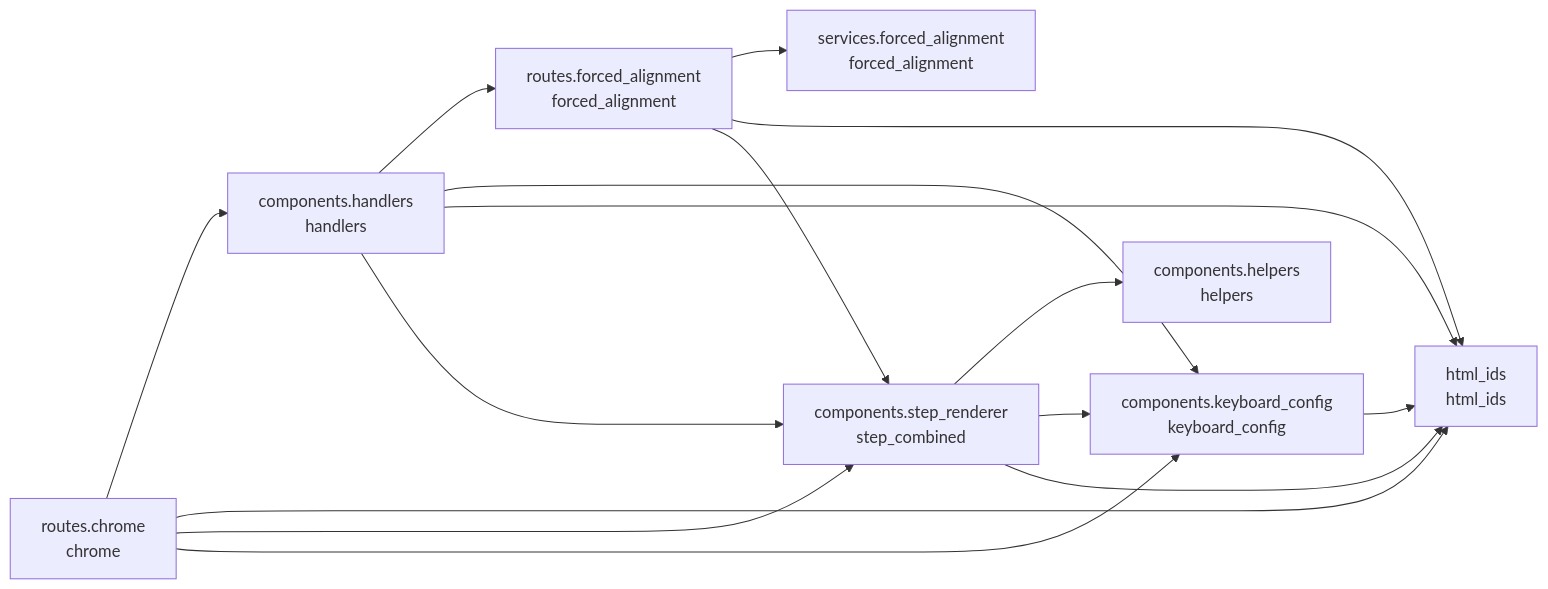
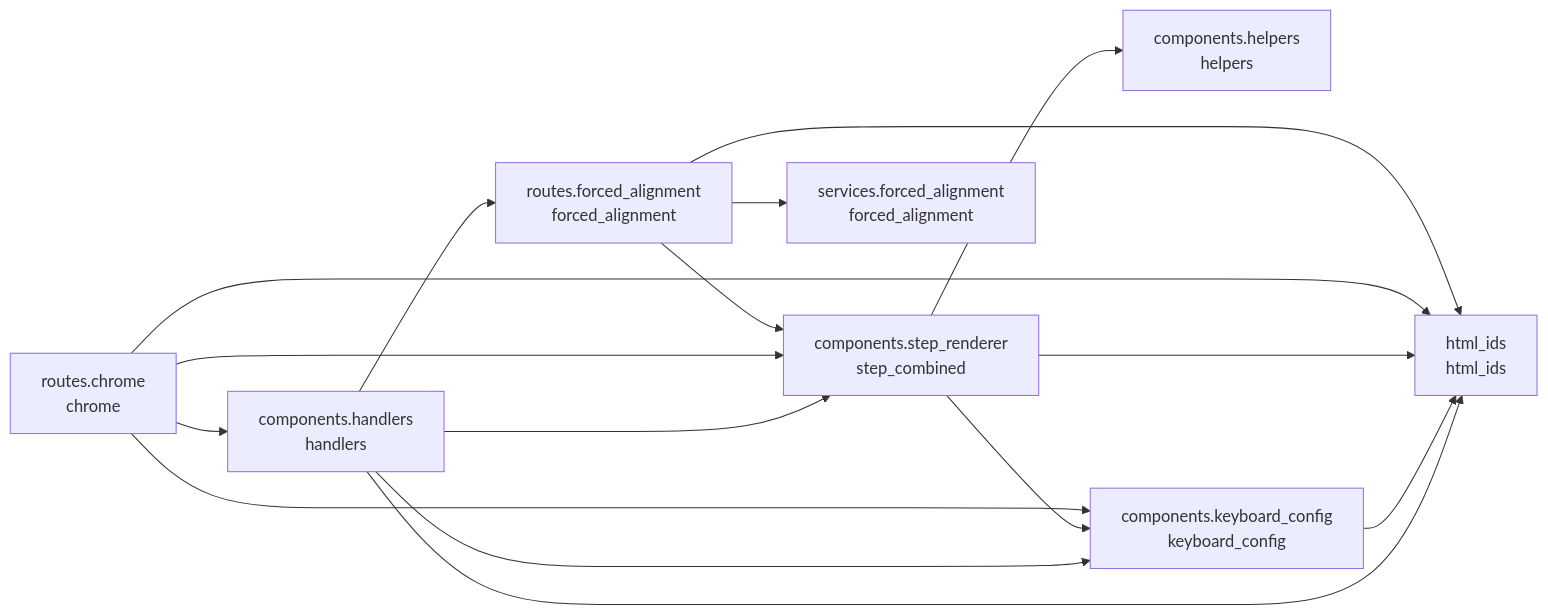
One commit to cj-mills/cjm-transcript-segment-align changed the diagram in README.md. Above: the diagram before and after it, drawn with Mermaid. The commit also changed other lines of this file and 4 other files, not shown here.

````diff
--- a/README.md
+++ b/README.md
@@ -31,27 +31,27 @@
 ``` mermaid
 graph LR
     components_handlers[components.handlers<br/>handlers]
     components_helpers[components.helpers<br/>helpers]
     components_keyboard_config[components.keyboard_config<br/>keyboard_config]
     components_step_renderer[components.step_renderer<br/>step_combined]
     html_ids[html_ids<br/>html_ids]
     routes_chrome[routes.chrome<br/>chrome]
     routes_forced_alignment[routes.forced_alignment<br/>forced_alignment]
     services_forced_alignment[services.forced_alignment<br/>forced_alignment]
 
+    components_handlers --> components_step_renderer
+    components_handlers --> html_ids
+    components_handlers --> components_keyboard_config
     components_handlers --> routes_forced_alignment
-    components_handlers --> components_keyboard_config
-    components_handlers --> html_ids
-    components_handlers --> components_step_renderer
     components_keyboard_config --> html_ids
+    components_step_renderer --> html_ids
+    components_step_renderer --> components_keyboard_config
     components_step_renderer --> components_helpers
-    components_step_renderer --> components_keyboard_config
-    components_step_renderer --> html_ids
     routes_chrome --> components_handlers
     routes_chrome --> html_ids
+    routes_chrome --> components_keyboard_config
     routes_chrome --> components_step_renderer
-    routes_chrome --> components_keyboard_config
+    routes_forced_alignment --> components_step_renderer
+    routes_forced_alignment --> html_ids
     routes_forced_alignment --> services_forced_alignment
-    routes_forced_alignment --> html_ids
-    routes_forced_alignment --> components_step_renderer
 ```
````
